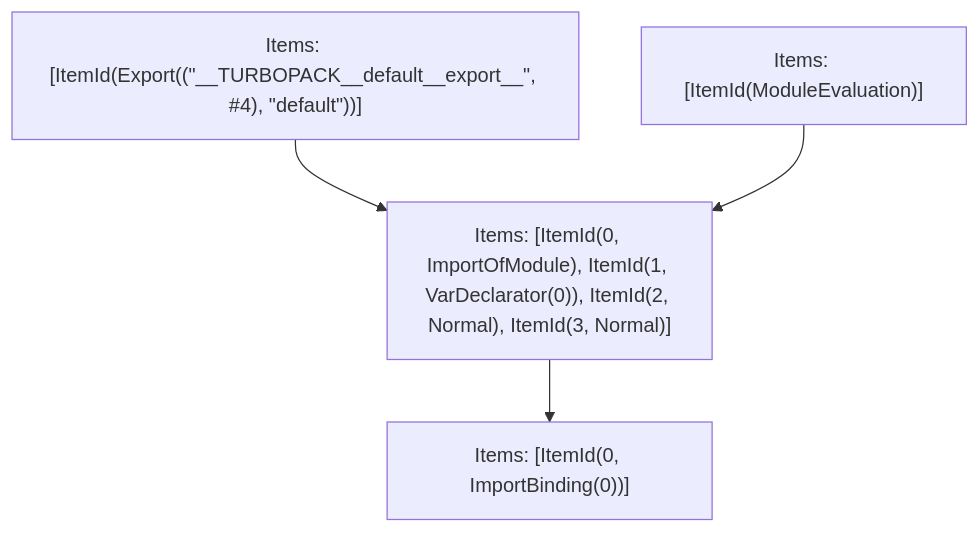
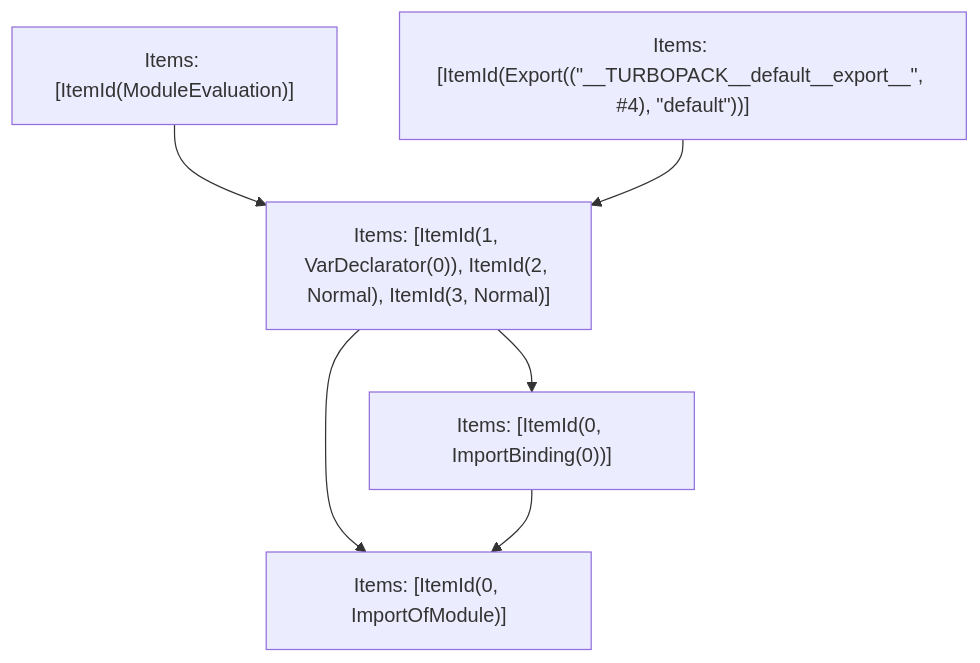
One commit to Dreitt/nextt changed the fifth of 5 diagrams in turbopack/crates/turbopack-ecmascript/tests/tree-shaker/analyzer/node-fetch/output.md. Above: the diagram before and after it, drawn with Mermaid. The commit also changed other lines of this file and 19 other files, not shown here.

````diff
--- a/turbopack/crates/turbopack-ecmascript/tests/tree-shaker/analyzer/node-fetch/output.md
+++ b/turbopack/crates/turbopack-ecmascript/tests/tree-shaker/analyzer/node-fetch/output.md
@@ -129,10 +129,13 @@
 ```mermaid
 graph TD
     N0["Items: [ItemId(ModuleEvaluation)]"];
     N1["Items: [ItemId(Export((&quot;__TURBOPACK__default__export__&quot;, #4), &quot;default&quot;))]"];
-    N2["Items: [ItemId(0, ImportOfModule), ItemId(1, VarDeclarator(0)), ItemId(2, Normal), ItemId(3, Normal)]"];
+    N2["Items: [ItemId(0, ImportOfModule)]"];
     N3["Items: [ItemId(0, ImportBinding(0))]"];
-    N1 --> N2;
-    N2 --> N3;
-    N0 --> N2;
+    N4["Items: [ItemId(1, VarDeclarator(0)), ItemId(2, Normal), ItemId(3, Normal)]"];
+    N4 --> N2;
+    N4 --> N3;
+    N0 --> N4;
+    N3 --> N2;
+    N1 --> N4;
 ```
````
